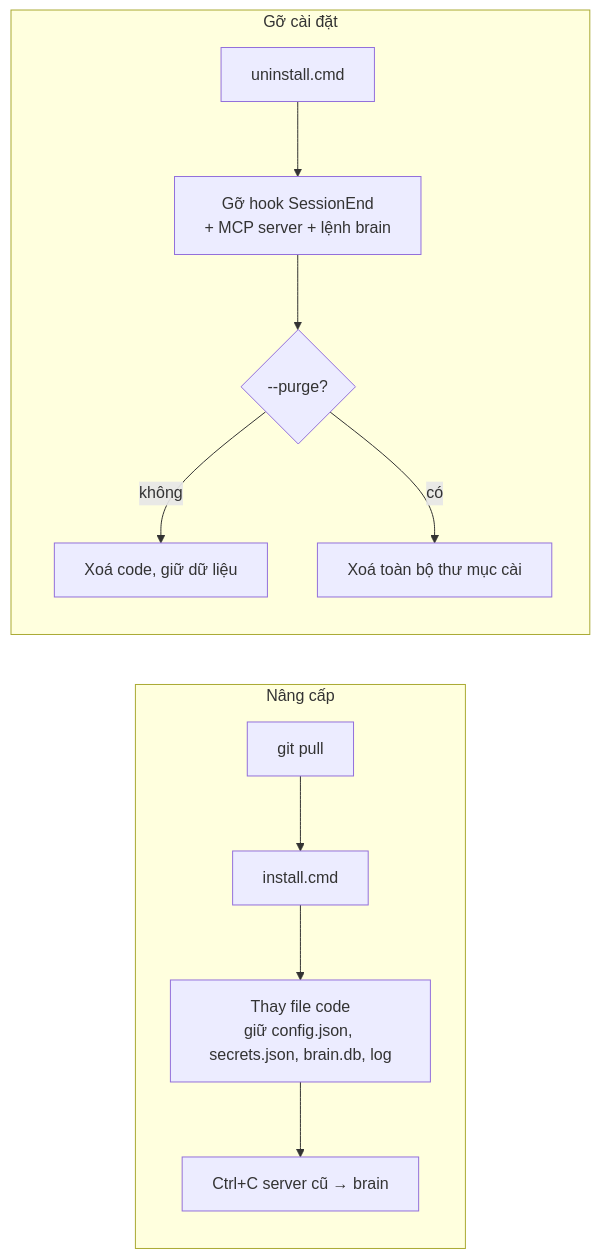
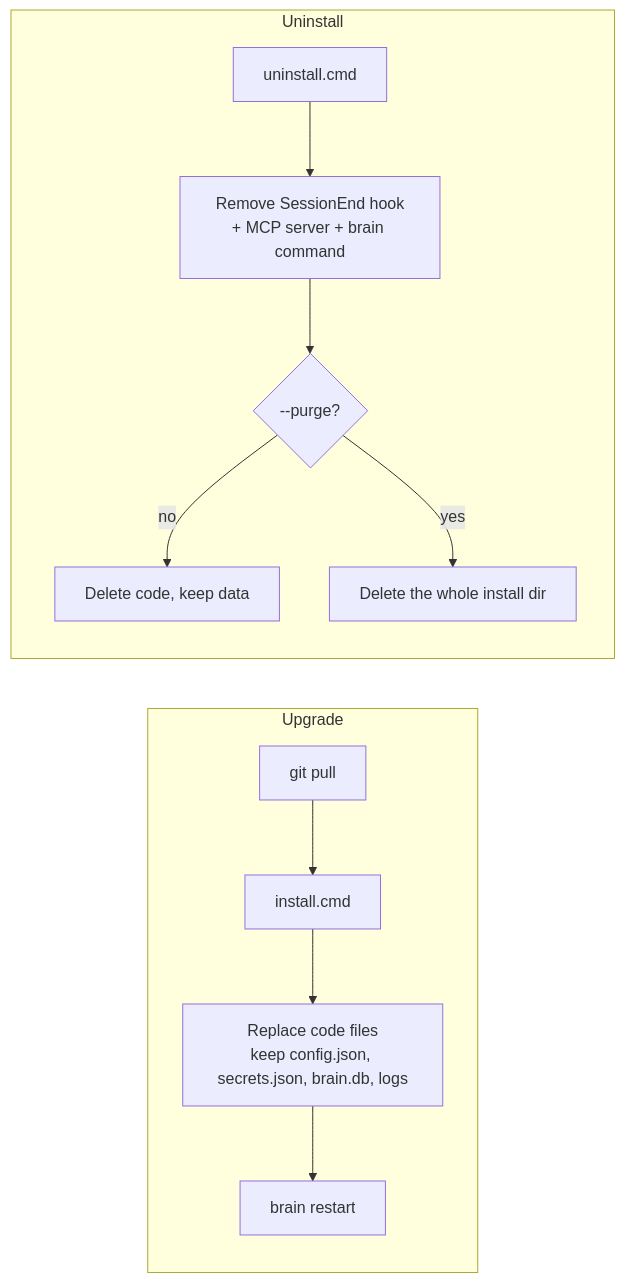
The second of 4 diagrams in README.md (hienct-fpt/personal-brain), drawn with Mermaid before and after one commit. The commit also changed other lines of this file and 11 other files, not shown here.

````diff
--- a/README.md
+++ b/README.md
@@ -94,11 +98,11 @@
 ```mermaid
 flowchart LR
-  subgraph up["Nâng cấp"]
-    U1[git pull] --> U2[install.cmd] --> U3["Thay file code<br/>giữ config.json, secrets.json, brain.db, log"] --> U4["Ctrl+C server cũ → brain"]
+  subgraph up["Upgrade"]
+    U1[git pull] --> U2[install.cmd] --> U3["Replace code files<br/>keep config.json, secrets.json, brain.db, logs"] --> U4["brain restart"]
   end
-  subgraph rm["Gỡ cài đặt"]
-    R1[uninstall.cmd] --> R2["Gỡ hook SessionEnd<br/>+ MCP server + lệnh brain"] --> R3{"--purge?"}
-    R3 -- không --> R4["Xoá code, giữ dữ liệu"]
-    R3 -- có --> R5["Xoá toàn bộ thư mục cài"]
+  subgraph rm["Uninstall"]
+    R1[uninstall.cmd] --> R2["Remove SessionEnd hook<br/>+ MCP server + brain command"] --> R3{"--purge?"}
+    R3 -- no --> R4["Delete code, keep data"]
+    R3 -- yes --> R5["Delete the whole install dir"]
   end
 ```
````
